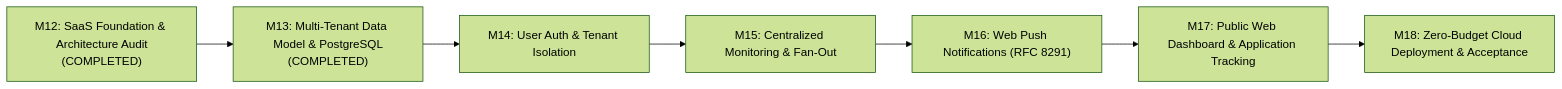
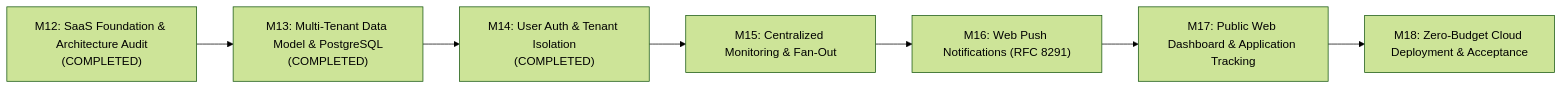
One commit to aadesh-2006/HawkOffer changed the diagram in docs/SAAS_ROADMAP.md. Above: the diagram before and after it, drawn with Mermaid (forest theme). The commit also changed other lines of this file and 23 other files, not shown here.

Commit message:
feat(auth): M14 user authentication, security, and tenant isolation

````diff
--- a/docs/SAAS_ROADMAP.md
+++ b/docs/SAAS_ROADMAP.md
@@ -12,9 +12,9 @@
 ```mermaid
 flowchart LR
     M12["M12: SaaS Foundation & Architecture Audit<br/>(COMPLETED)"] --> M13["M13: Multi-Tenant Data Model & PostgreSQL<br/>(COMPLETED)"]
-    M13 --> M14["M14: User Auth & Tenant Isolation"]
+    M13 --> M14["M14: User Auth & Tenant Isolation<br/>(COMPLETED)"]
     M14 --> M15["M15: Centralized Monitoring & Fan-Out"]
     M15 --> M16["M16: Web Push Notifications (RFC 8291)"]
     M16 --> M17["M17: Public Web Dashboard & Application Tracking"]
     M17 --> M18["M18: Zero-Budget Cloud Deployment & Acceptance"]
 ```
````
